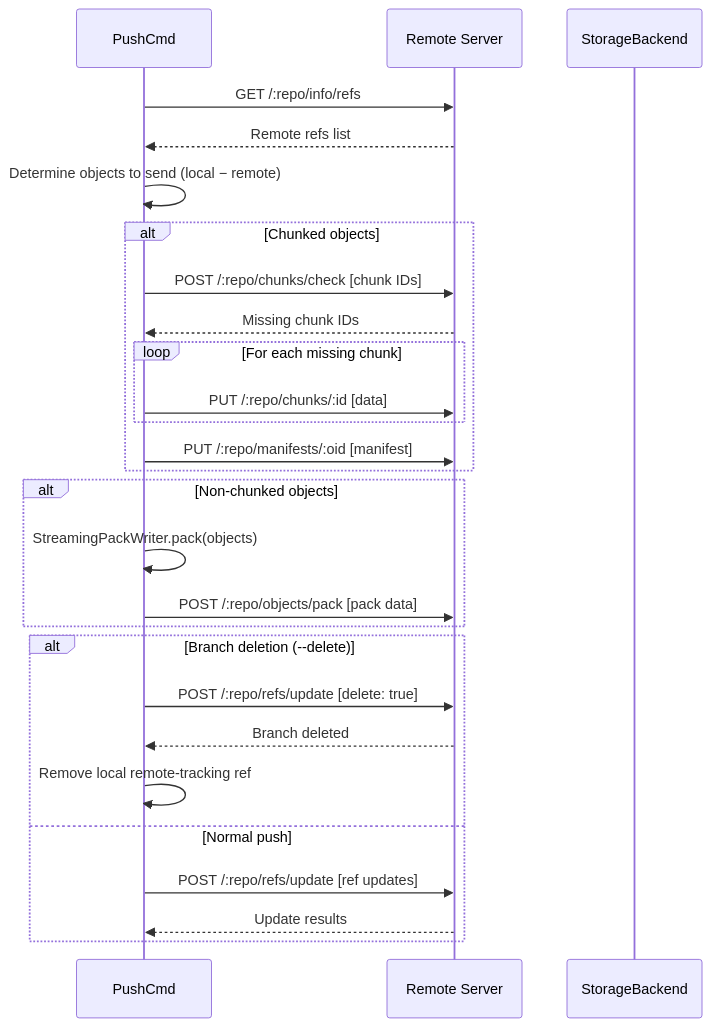
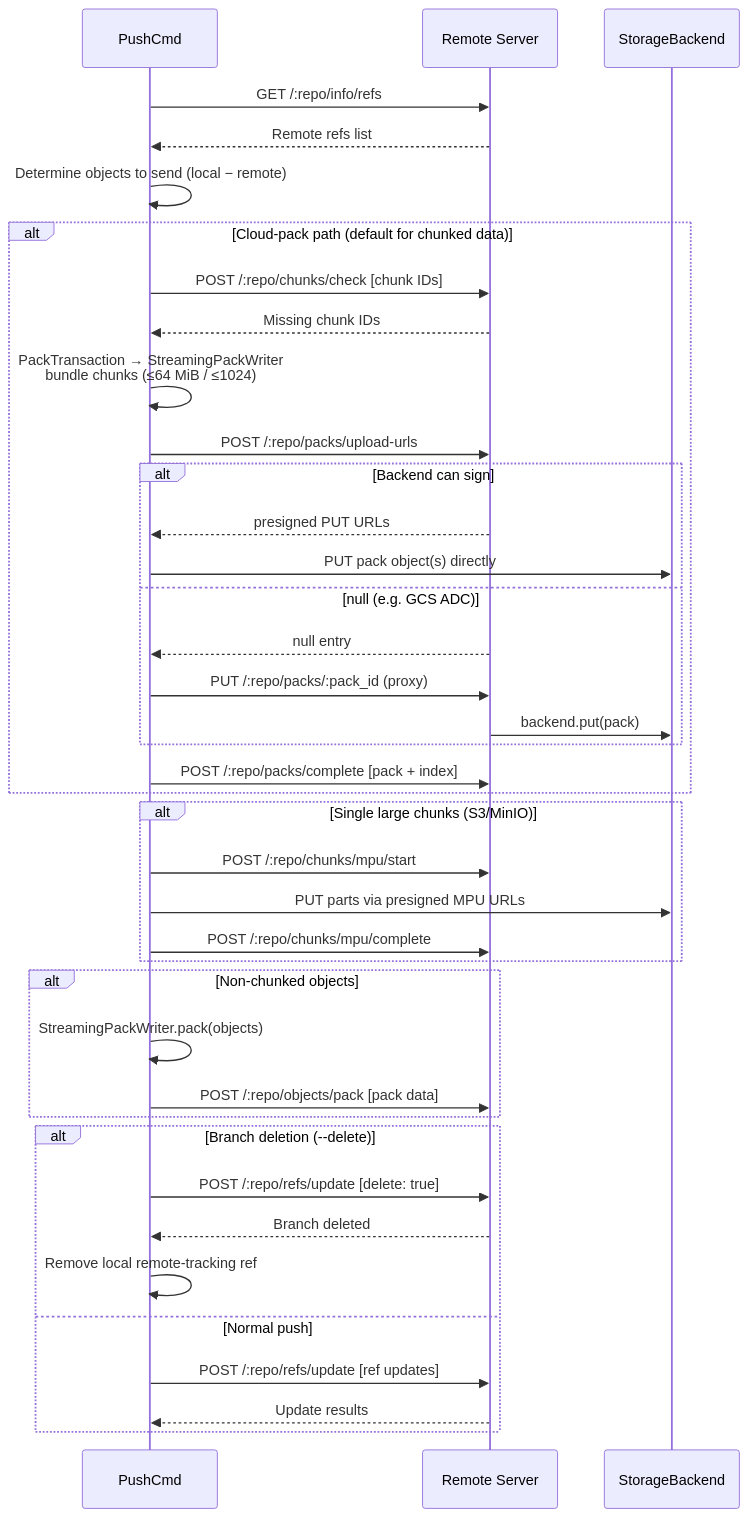
One commit to winnyboy5/mediagit-core changed diagram 12 of 14 in ARCHITECTURE.md. Above: the diagram before and after it, drawn with Mermaid. The commit also changed other lines of this file and 50 other files, not shown here.

````diff
--- a/ARCHITECTURE.md
+++ b/ARCHITECTURE.md
@@ -777,34 +854,47 @@
 ```mermaid
 sequenceDiagram
     participant CLI as PushCmd
     participant Server as Remote Server
     participant BE as StorageBackend
 
     CLI->>Server: GET /:repo/info/refs
     Server-->>CLI: Remote refs list
 
     CLI->>CLI: Determine objects to send (local − remote)
 
-    alt Chunked objects
+    alt Cloud-pack path (default for chunked data)
         CLI->>Server: POST /:repo/chunks/check [chunk IDs]
         Server-->>CLI: Missing chunk IDs
-        loop For each missing chunk
-            CLI->>Server: PUT /:repo/chunks/:id [data]
+        CLI->>CLI: PackTransaction → StreamingPackWriter<br/>bundle chunks (≤64 MiB / ≤1024)
+        CLI->>Server: POST /:repo/packs/upload-urls
+        alt Backend can sign
+            Server-->>CLI: presigned PUT URLs
+            CLI->>BE: PUT pack object(s) directly
+        else null (e.g. GCS ADC)
+            Server-->>CLI: null entry
+            CLI->>Server: PUT /:repo/packs/:pack_id (proxy)
+            Server->>BE: backend.put(pack)
         end
-        CLI->>Server: PUT /:repo/manifests/:oid [manifest]
+        CLI->>Server: POST /:repo/packs/complete [pack + index]
+    end
+
+    alt Single large chunks (S3/MinIO)
+        CLI->>Server: POST /:repo/chunks/mpu/start
+        CLI->>BE: PUT parts via presigned MPU URLs
+        CLI->>Server: POST /:repo/chunks/mpu/complete
     end
 
     alt Non-chunked objects
         CLI->>CLI: StreamingPackWriter.pack(objects)
         CLI->>Server: POST /:repo/objects/pack [pack data]
     end
 
     alt Branch deletion (--delete)
         CLI->>Server: POST /:repo/refs/update [delete: true]
         Server-->>CLI: Branch deleted
         CLI->>CLI: Remove local remote-tracking ref
     else Normal push
         CLI->>Server: POST /:repo/refs/update [ref updates]
         Server-->>CLI: Update results
     end
 ```
````
